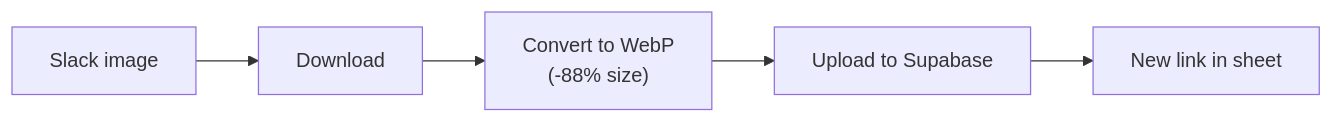
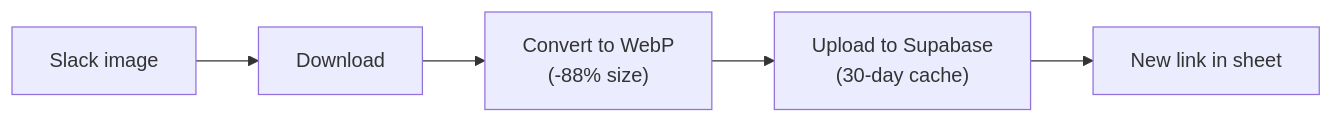
The third of 7 diagrams in ARCHITECTURE.en.md (chonghlee-cmyk/slack_messages), drawn with Mermaid before and after one commit. The commit also changed other lines of this file and 1 other file, not shown here.

````diff
--- a/ARCHITECTURE.en.md
+++ b/ARCHITECTURE.en.md
@@ -61,7 +61,7 @@
 ```mermaid
 flowchart LR
     A["Slack image"] --> B["Download"]
     B --> C["Convert to WebP<br/>(-88% size)"]
-    C --> D["Upload to Supabase"]
+    C --> D["Upload to Supabase<br/>(30-day cache)"]
     D --> E["New link in sheet"]
 ```
````
